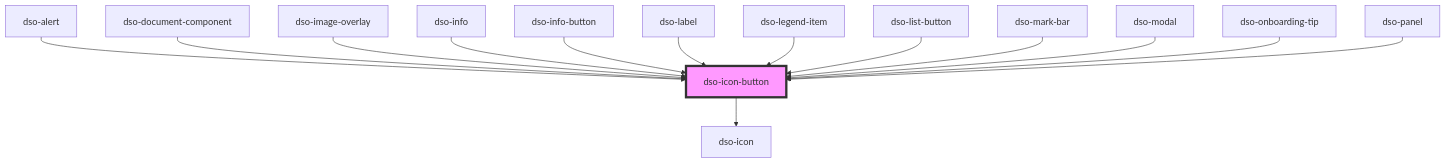
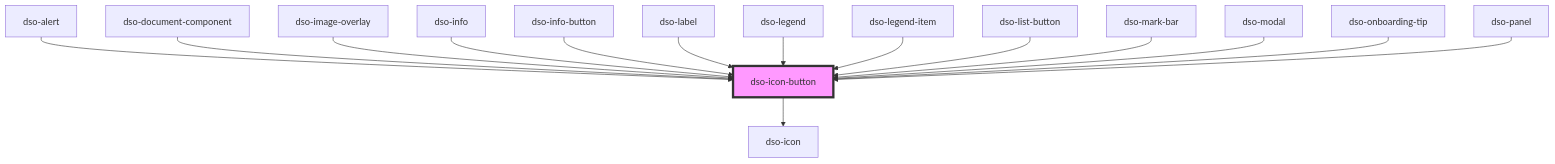
One commit to dso-toolkit/dso-toolkit changed the diagram in packages/core/src/components/icon-button/readme.md. Above: the diagram before and after it, drawn with Mermaid. The commit also changed other lines of this file and 22 other files, not shown here.

````diff
--- a/packages/core/src/components/icon-button/readme.md
+++ b/packages/core/src/components/icon-button/readme.md
@@ -61,17 +62,18 @@
 ```mermaid
 graph TD;
   dso-icon-button --> dso-icon
   dso-alert --> dso-icon-button
   dso-document-component --> dso-icon-button
   dso-image-overlay --> dso-icon-button
   dso-info --> dso-icon-button
   dso-info-button --> dso-icon-button
   dso-label --> dso-icon-button
+  dso-legend --> dso-icon-button
   dso-legend-item --> dso-icon-button
   dso-list-button --> dso-icon-button
   dso-mark-bar --> dso-icon-button
   dso-modal --> dso-icon-button
   dso-onboarding-tip --> dso-icon-button
   dso-panel --> dso-icon-button
   style dso-icon-button fill:#f9f,stroke:#333,stroke-width:4px
 ```
````
